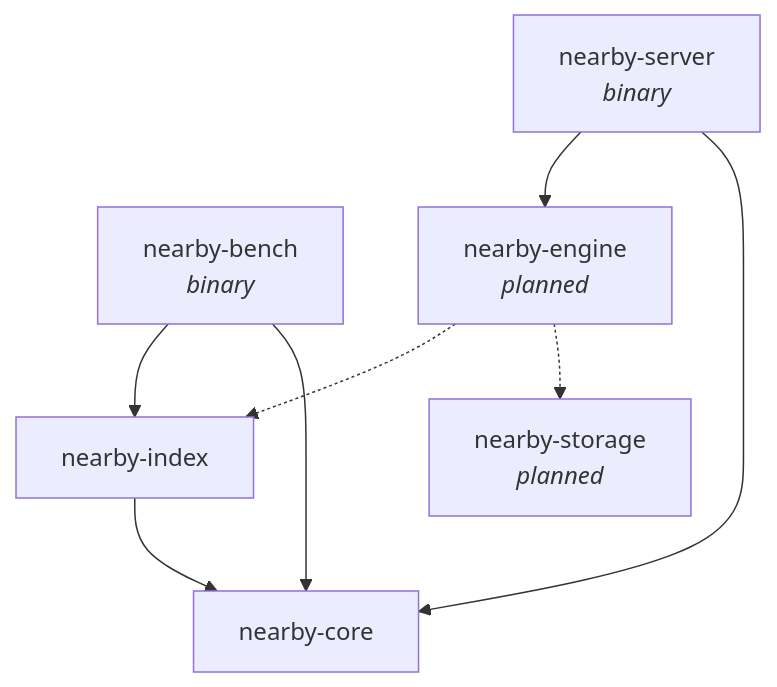
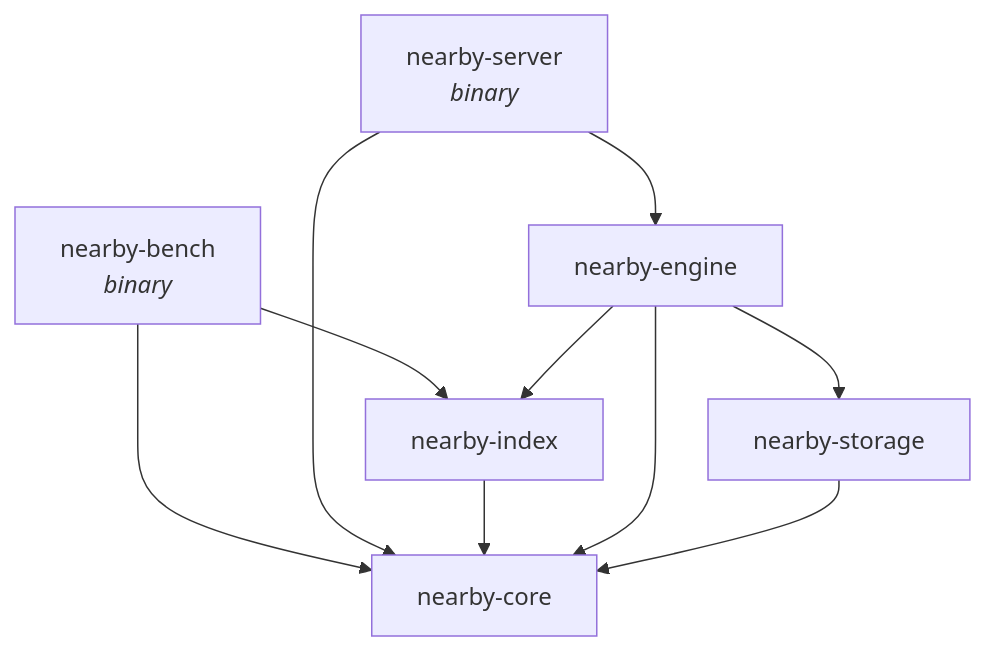
One commit to salgue441/nearby changed the diagram in README.md. Above: the diagram before and after it, drawn with Mermaid. The commit also changed other lines of this file, not shown here.

Commit message:
docs: document the engine, storage and HTTP API in README

````diff
--- a/README.md
+++ b/README.md
@@ -120,10 +143,12 @@
 ```mermaid
 graph TD
     bench["nearby-bench<br/><i>binary</i>"] --> index["nearby-index"]
     bench --> core["nearby-core"]
-    server["nearby-server<br/><i>binary</i>"] --> engine["nearby-engine<br/><i>planned</i>"]
+    server["nearby-server<br/><i>binary</i>"] --> engine["nearby-engine"]
     server --> core
     index --> core
-    engine -.-> index
-    engine -.-> storage["nearby-storage<br/><i>planned</i>"]
+    engine --> index
+    engine --> storage["nearby-storage"]
+    engine --> core
+    storage --> core
 ```
````
